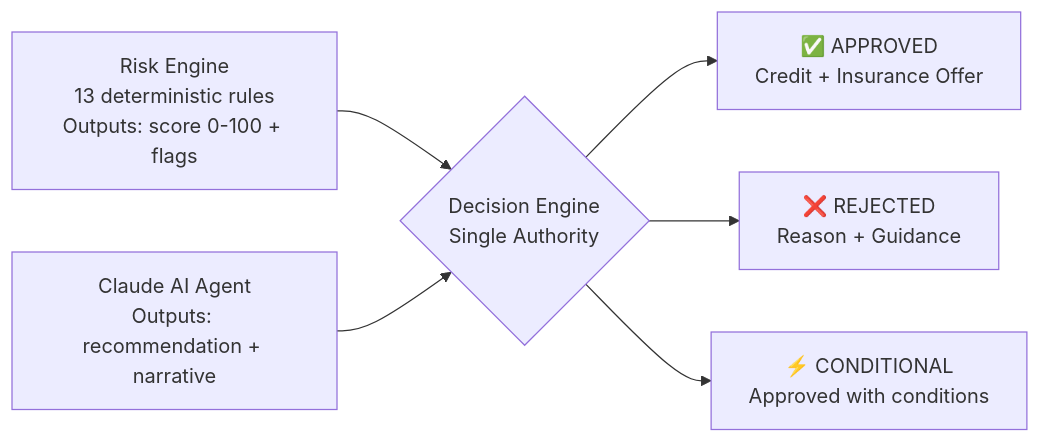
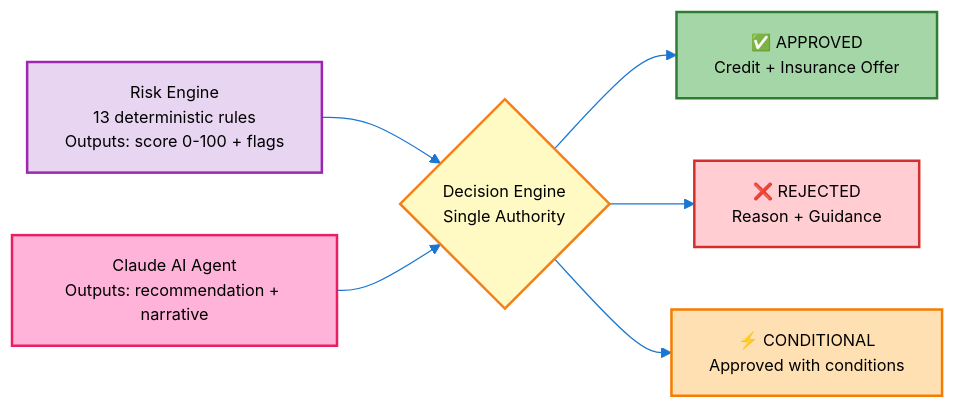
The third of 3 diagrams in README.md (AI-Solutions-KK/Grabon-ai-merchant-underwriting-agent), drawn with Mermaid before and after one commit. The commit also changed other lines of this file and 10 other files, not shown here.

````diff
--- a/README.md
+++ b/README.md
@@ -186,15 +187,30 @@
 ```mermaid
+%%{init: {'theme': 'default', 'themeVariables': {'primaryColor': '#E8D5F2', 'primaryTextColor': '#000000', 'primaryBorderColor': '#9C27B0', 'lineColor': '#1976D2', 'secondBkgColor': '#FFD9E8', 'secondBorderColor': '#E91E63', 'tertiaryColor': '#C8E6C9', 'tertiaryTextColor': '#000000', 'tertiaryBorderColor': '#4CAF50', 'fontSize': '13px', 'fontFamily': 'arial'}, 'securityLevel': 'loose'}}%%
 flowchart LR
     RE[Risk Engine\n13 deterministic rules\nOutputs: score 0-100 + flags]
     AI[Claude AI Agent\nOutputs: recommendation + narrative]
     DE{Decision Engine\nSingle Authority}
     OUT_A[✅ APPROVED\nCredit + Insurance Offer]
     OUT_R[❌ REJECTED\nReason + Guidance]
     OUT_C[⚡ CONDITIONAL\nApproved with conditions]
 
     RE --> DE
     AI --> DE
     DE --> OUT_A
     DE --> OUT_R
     DE --> OUT_C
+    
+    classDef risk fill:#E8D5F2,stroke:#9C27B0,stroke-width:2px,color:#000000
+    classDef ai fill:#FFB3D9,stroke:#E91E63,stroke-width:2px,color:#000000
+    classDef decision fill:#FFF9C4,stroke:#F57F17,stroke-width:2px,color:#000000
+    classDef approved fill:#A5D6A7,stroke:#2E7D32,stroke-width:2px,color:#000000
+    classDef rejected fill:#FFCDD2,stroke:#D32F2F,stroke-width:2px,color:#000000
+    classDef conditional fill:#FFE0B2,stroke:#F57C00,stroke-width:2px,color:#000000
+    
+    class RE risk
+    class AI ai
+    class DE decision
+    class OUT_A approved
+    class OUT_R rejected
+    class OUT_C conditional
 ```
````
